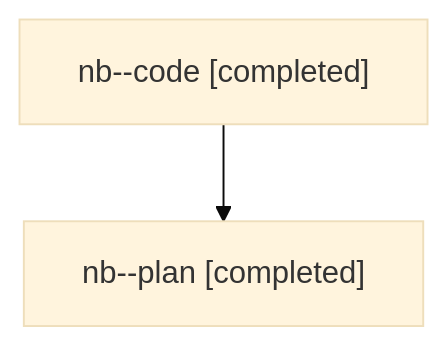
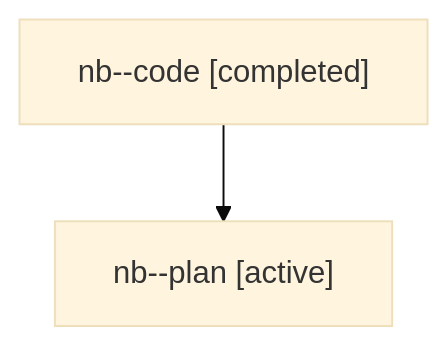
One commit to sase-org/sase--agents changed the diagram in families/bbugyi200.athena.nb.md. Above: the diagram before and after it, drawn with Mermaid (base theme). The commit also changed other lines of this file and 5813 other files, not shown here.

````diff
--- a/families/bbugyi200.athena.nb.md
+++ b/families/bbugyi200.athena.nb.md
@@ -9,6 +9,6 @@
 ```mermaid
 flowchart TD
   n0["nb--code [completed]"]
-  n1["nb--plan [completed]"]
+  n1["nb--plan [active]"]
   n0 --> n1
 ```
````
